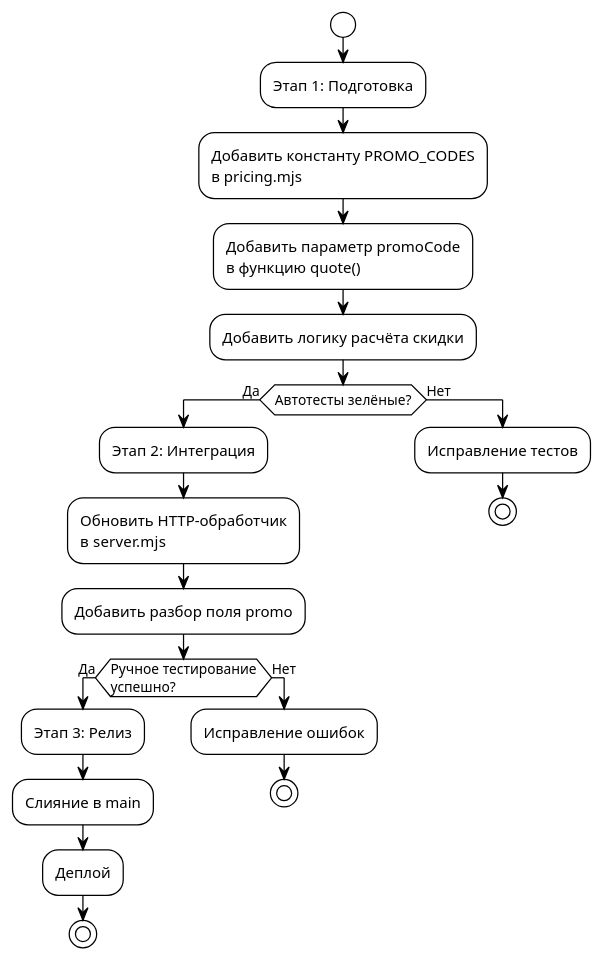
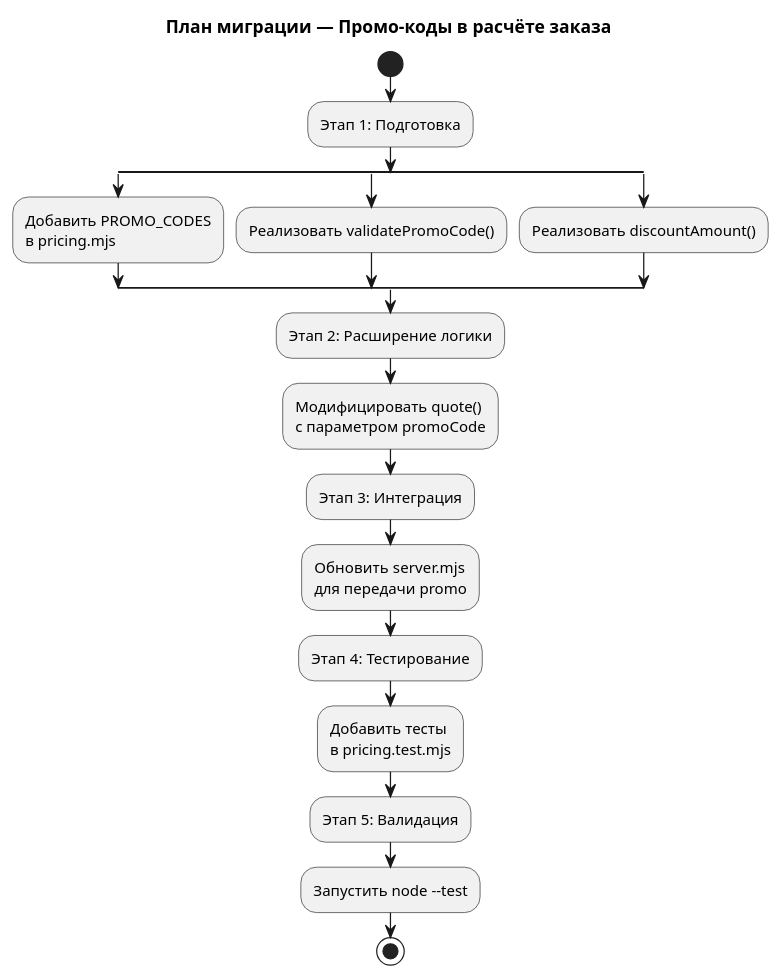
One commit to po-helper-org/poh-demo-checkout changed the third of 3 diagrams in sa_documentation/FNR/FNR_1/system_requirements.md. Above: the diagram before and after it, drawn with PlantUML. The commit also changed other lines of this file, not shown here.

````diff
--- a/sa_documentation/FNR/FNR_1/system_requirements.md
+++ b/sa_documentation/FNR/FNR_1/system_requirements.md
@@ -237,30 +227,31 @@
 ```plantuml
 @startuml
-!theme plain
+title План миграции — Промо-коды в расчёте заказа
+
 start
+
 :Этап 1: Подготовка;
+split
+  :Добавить PROMO_CODES\nв pricing.mjs;
+split again
+  :Реализовать validatePromoCode();
+split again
+  :Реализовать discountAmount();
+end split
 
-:Добавить константу PROMO_CODES\nв pricing.mjs;
-:Добавить параметр promoCode\nв функцию quote();
-:Добавить логику расчёта скидки;
+:Этап 2: Расширение логики;
+:Модифицировать quote()\nс параметром promoCode;
 
-if (Автотесты зелёные?) then (Да)
-  :Этап 2: Интеграция;
-  :Обновить HTTP-обработчик\nв server.mjs;
-  :Добавить разбор поля promo;
-  
-  if (Ручное тестирование\nуспешно?) then (Да)
-    :Этап 3: Релиз;
-    :Слияние в main;
-    :Деплой;
-    stop
-  else (Нет)
-    :Исправление ошибок;
-    stop
-  endif
-else (Нет)
-  :Исправление тестов;
-  stop
-endif
+:Этап 3: Интеграция;
+:Обновить server.mjs\nдля передачи promo;
+
+:Этап 4: Тестирование;
+:Добавить тесты\nв pricing.test.mjs;
+
+:Этап 5: Валидация;
+:Запустить node --test;
+
+stop
+
 @enduml
 ```
````
